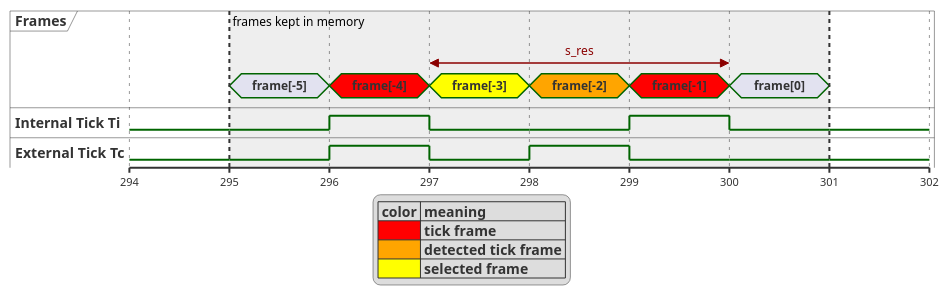
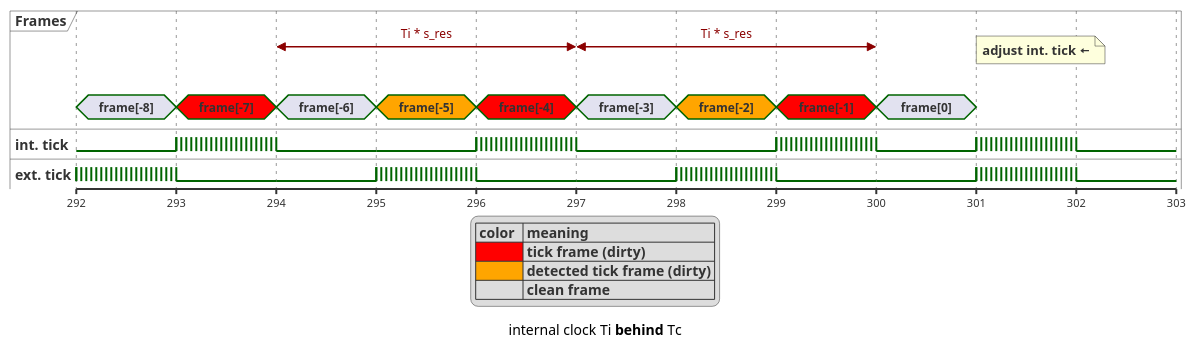
One commit to EsGeh/rtes-synchronome-project changed the fifth of 8 diagrams in doc/1_system-design.md. Above: the diagram before and after it, drawn with PlantUML. The commit also changed other lines of this file and 8 other files, not shown here.

````diff
--- a/doc/1_system-design.md
+++ b/doc/1_system-design.md
@@ -198,54 +202,72 @@
 ```plantuml
 concise "Frames" as F
-binary "Internal Tick Ti" as I
-binary "External Tick Tc" as C
+binary "int. tick" as I
+binary "ext. tick" as C
 scale 1 as 100 pixels
 legend
     | color | meaning |
-    |<#red>    | tick frame |
-    |<#orange>    | detected tick frame |
-    |<#yellow>    | selected frame |
+    |<#red>    | tick frame (dirty) |
+    |<#orange>    | detected tick frame (dirty) |
+    |             | clean frame |
 end legend
+caption internal clock Ti **behind** Tc
+
+@292
+F is "frame[-8]"
+I is 0
+C is {0,1}
+
+@293
+F is "frame[-7]" #red
+I is {0,1}
+C is 0
 
 @294
-
-@295
-F is "frame[-5]"
+F is "frame[-6]"
 I is 0
 C is 0
 
+@295
+F is "frame[-5]" #orange
+I is 0
+C is {0,1}
+
 @296
 F is "frame[-4]" #red
-I is 1
-C is 1
+I is {0,1}
+C is 0
 
 @297
-F is "frame[-3]" #yellow
+F is "frame[-3]"
 I is 0
 C is 0
 
 @298
 F is "frame[-2]" #orange
 I is 0
-C is 1
+C is {0,1}
 
 @299
 F is "frame[-1]" #red
-I is 1
+I is {0,1}
 C is 0
 
 @300
 F is "frame[0]"
 I is 0
 C is 0
 
 @301
 F is {hidden}
-I is {hidden}
-C is {hidden}
+I is {0,1}
+C is {0,1}
+note top of F : adjust int. tick <&arrow-left>
 
-@297 <-> @300: s_res
+@302
+I is 0
+C is 0
 
-highlight 295 to 301 : frames kept in memory
+@294 <-> @297: Ti * s_res
+@297 <-> @300: Ti * s_res
 
 ```
````
